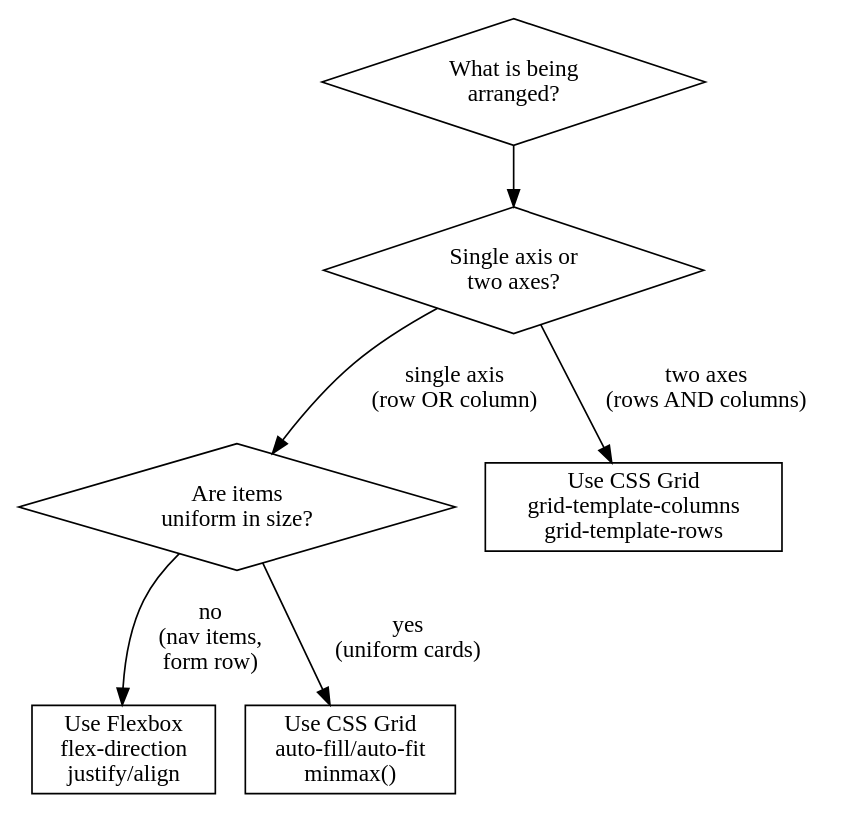
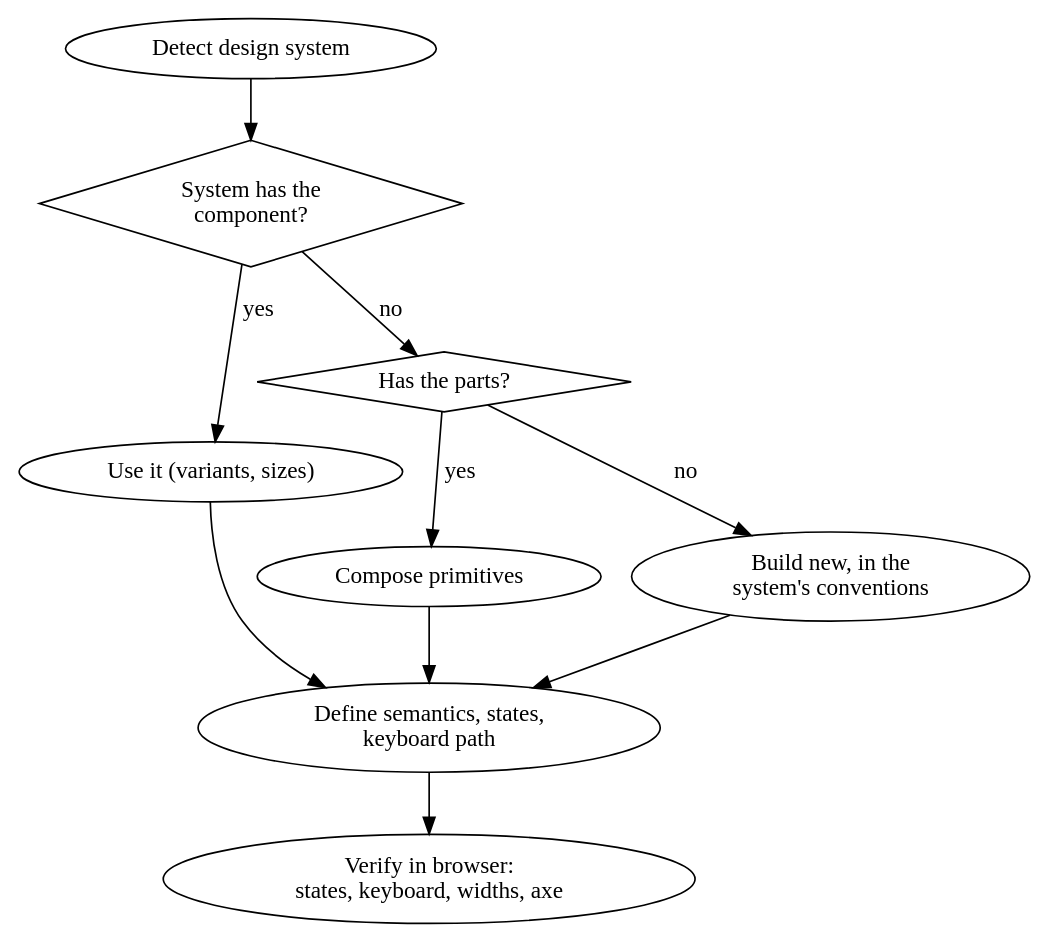
One commit to NoobyGains/godmode changed the diagram in skills/ui-engineering/SKILL.md. Above: the diagram before and after it, drawn with Graphviz. The commit also changed other lines of this file and 28 other files, not shown here.

First line of the commit message:
feat(skills): group D — reference-first, codebase-conventions, ui-research, ui-engineering, system-design; doctor description quoted

````diff
--- a/skills/ui-engineering/SKILL.md
+++ b/skills/ui-engineering/SKILL.md
@@ -78,18 +54,20 @@
 ```dot
-digraph layout_choice {
-    rankdir=TB;
-    q1 [label="What is being\narranged?", shape=diamond];
-    q2 [label="Single axis or\ntwo axes?", shape=diamond];
-    q3 [label="Are items\nuniform in size?", shape=diamond];
-
-    grid [label="Use CSS Grid\ngrid-template-columns\ngrid-template-rows", shape=box];
-    flex [label="Use Flexbox\nflex-direction\njustify/align", shape=box];
-    grid_auto [label="Use CSS Grid\nauto-fill/auto-fit\nminmax()", shape=box];
-
-    q1 -> q2;
-    q2 -> grid [label="two axes\n(rows AND columns)"];
-    q2 -> q3 [label="single axis\n(row OR column)"];
-    q3 -> grid_auto [label="yes\n(uniform cards)"];
-    q3 -> flex [label="no\n(nav items,\nform row)"];
+digraph ui_eng {
+  rankdir=TB;
+  detect [label="Detect design system"];
+  has [label="System has the\ncomponent?", shape=diamond];
+  use [label="Use it (variants, sizes)"];
+  parts [label="Has the parts?", shape=diamond];
+  compose [label="Compose primitives"];
+  build [label="Build new, in the\nsystem's conventions"];
+  define [label="Define semantics, states,\nkeyboard path"];
+  verify [label="Verify in browser:\nstates, keyboard, widths, axe"];
+  detect -> has;
+  has -> use [label="yes"];
+  has -> parts [label="no"];
+  parts -> compose [label="yes"];
+  parts -> build [label="no"];
+  use -> define; compose -> define; build -> define;
+  define -> verify;
 }
 ```
````
